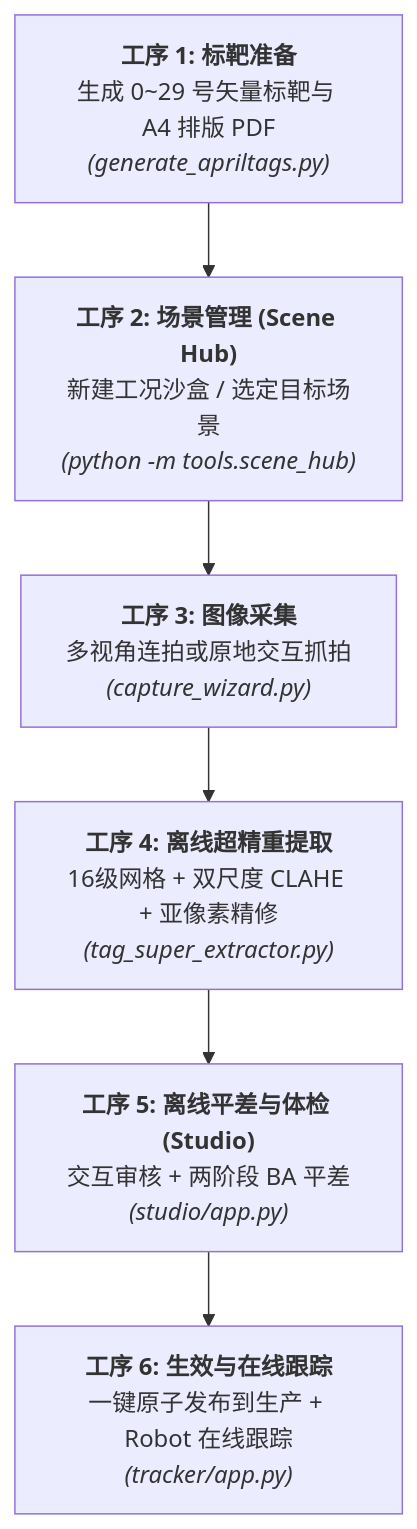
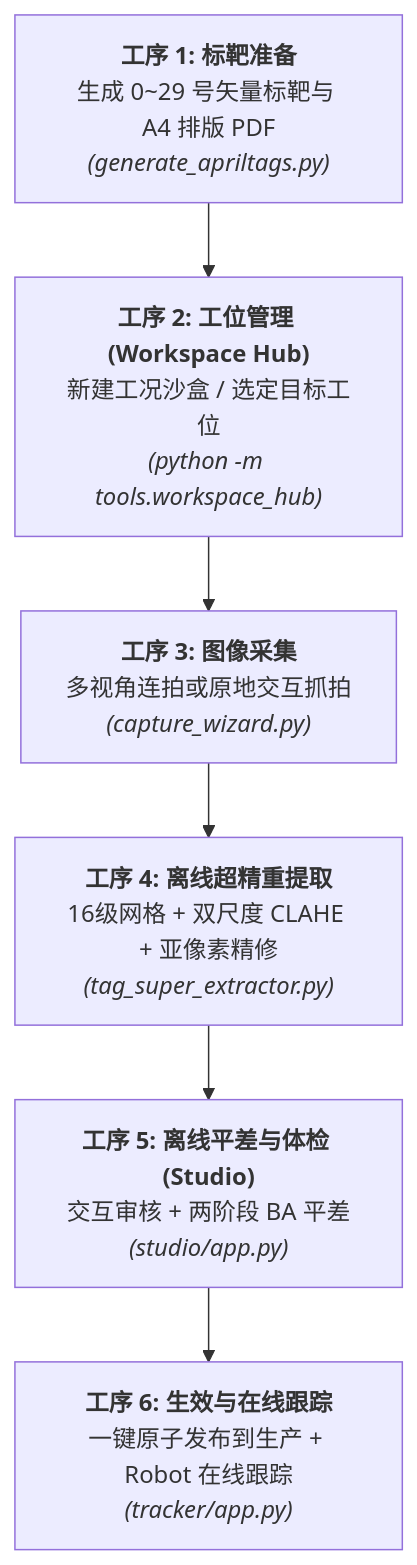
Before and after one commit to voicevon/flux_vision_3d: the second of 3 diagrams in README.md, drawn with Mermaid. The commit also changed other lines of this file and 23 other files, not shown here.

````diff
--- a/README.md
+++ b/README.md
@@ -161,11 +161,11 @@
 ```mermaid
 flowchart TD
     S1["<b>工序 1: 标靶准备</b><br>生成 0~29 号矢量标靶与 A4 排版 PDF<br><i>(generate_apriltags.py)</i>"]
-    S2["<b>工序 2: 场景管理 (Scene Hub)</b><br>新建工况沙盒 / 选定目标场景<br><i>(python -m tools.scene_hub)</i>"]
+    S2["<b>工序 2: 工位管理 (Workspace Hub)</b><br>新建工况沙盒 / 选定目标工位<br><i>(python -m tools.workspace_hub)</i>"]
     S3["<b>工序 3: 图像采集</b><br>多视角连拍或原地交互抓拍<br><i>(capture_wizard.py)</i>"]
     S4["<b>工序 4: 离线超精重提取</b><br>16级网格 + 双尺度 CLAHE + 亚像素精修<br><i>(tag_super_extractor.py)</i>"]
     S5["<b>工序 5: 离线平差与体检 (Studio)</b><br>交互审核 + 两阶段 BA 平差<br><i>(studio/app.py)</i>"]
     S6["<b>工序 6: 生效与在线跟踪</b><br>一键原子发布到生产 + Robot 在线跟踪<br><i>(tracker/app.py)</i>"]
 
     S1 --> S2 --> S3 --> S4 --> S5 --> S6
 ```
````
